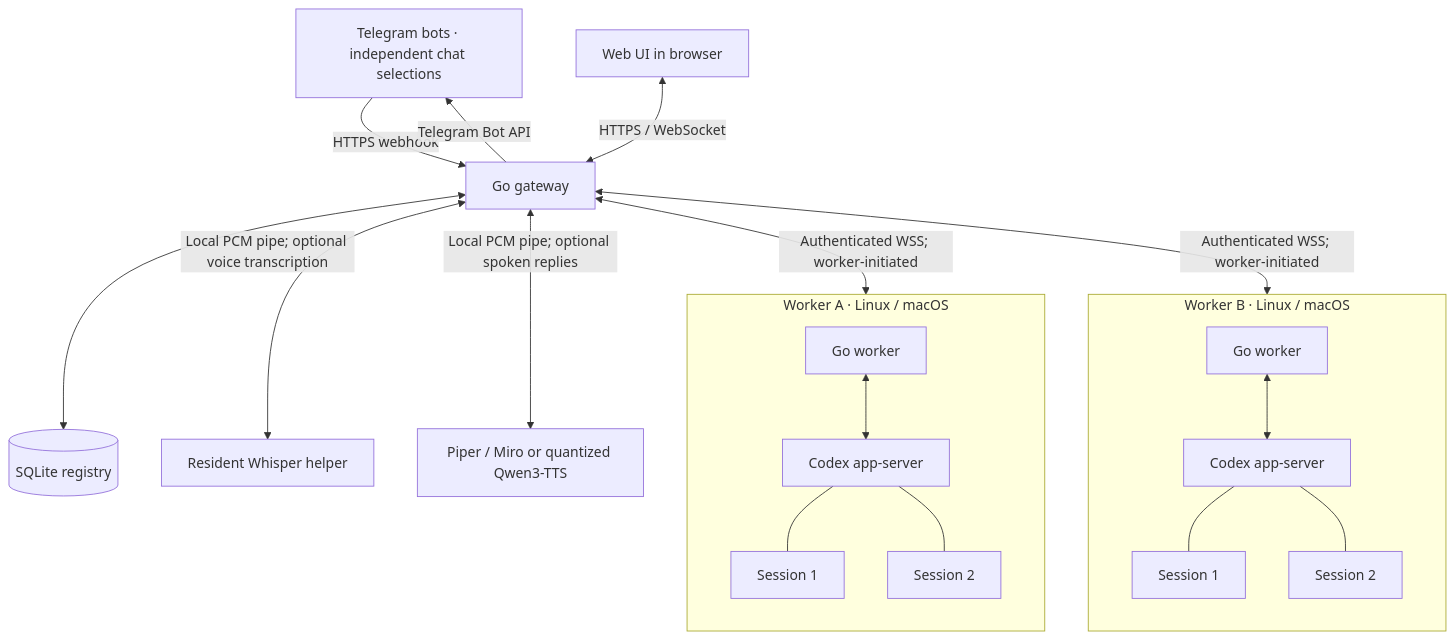
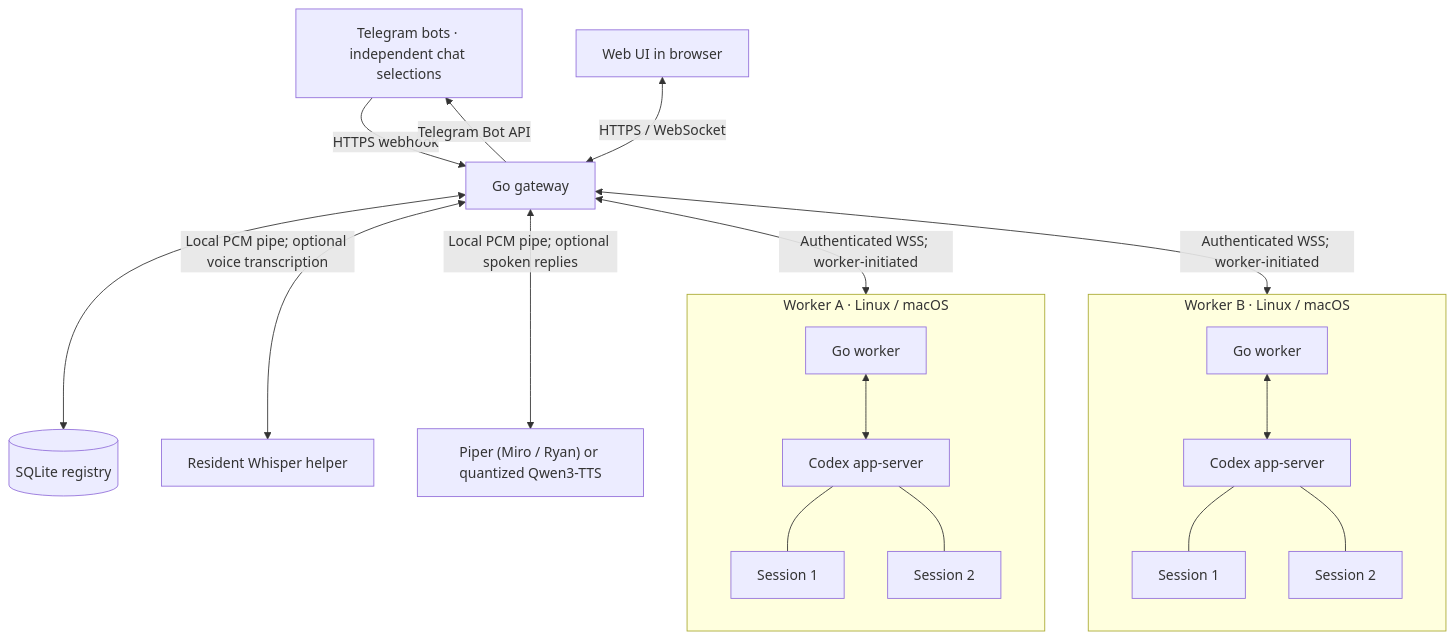
The diagram in README.md (arizzi74/MACT), drawn with Mermaid before and after one commit. The commit also changed other lines of this file and 25 other files, not shown here.

Commit message:
Use an English Piper voice for English Telegram replies

````diff
--- a/README.md
+++ b/README.md
@@ -39,39 +39,39 @@
 ```mermaid
 flowchart TB
   telegram["Telegram bots · independent chat selections"]
   browser["Web UI in browser"]
   gateway["Go gateway"]
   registry[("SQLite registry")]
 
   telegram -->|"HTTPS webhook"| gateway
   gateway -->|"Telegram Bot API"| telegram
   browser <-->|"HTTPS / WebSocket"| gateway
   gateway <--> registry
   gateway <-->|"Local PCM pipe; optional voice transcription"| whisper["Resident Whisper helper"]
-  gateway <-->|"Local PCM pipe; optional spoken replies"| speech["Piper / Miro or quantized Qwen3-TTS"]
+  gateway <-->|"Local PCM pipe; optional spoken replies"| speech["Piper (Miro / Ryan) or quantized Qwen3-TTS"]
 
   subgraph machine_a["Worker A · Linux / macOS"]
     direction TB
     worker_a["Go worker"]
     codex_a["Codex app-server"]
     session_a1["Session 1"]
     session_a2["Session 2"]
     worker_a <--> codex_a
     codex_a --- session_a1
     codex_a --- session_a2
   end
 
   subgraph machine_b["Worker B · Linux / macOS"]
     direction TB
     worker_b["Go worker"]
     codex_b["Codex app-server"]
     session_b1["Session 1"]
     session_b2["Session 2"]
     worker_b <--> codex_b
     codex_b --- session_b1
     codex_b --- session_b2
   end
 
   gateway <-->|"Authenticated WSS; worker-initiated"| machine_a
   gateway <-->|"Authenticated WSS; worker-initiated"| machine_b
 ```
````
